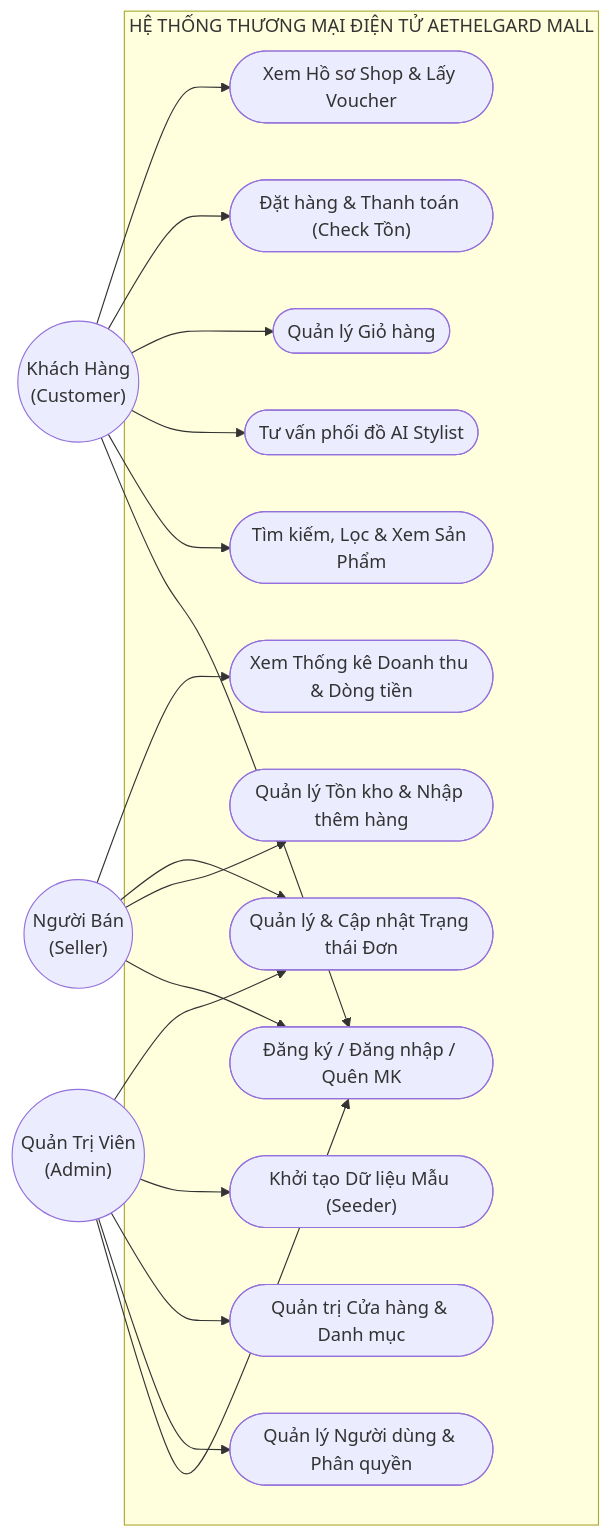
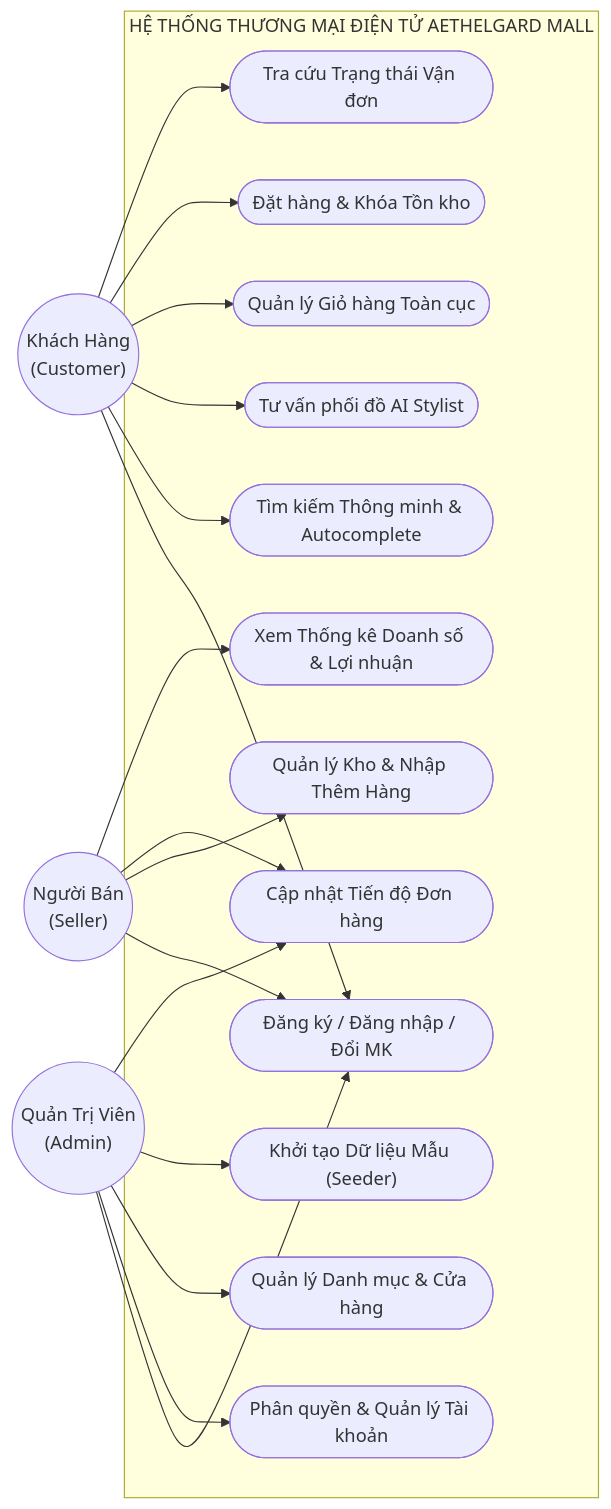
Before and after one commit to longthan12334/He-thong-thuong-mai-ien-tu-tich-hop-AI: the sixth of 16 diagrams in BAO_CAO_THIET_KE_HE_THONG.md, drawn with Mermaid. The commit also changed other lines of this file, not shown here.

````diff
--- a/BAO_CAO_THIET_KE_HE_THONG.md
+++ b/BAO_CAO_THIET_KE_HE_THONG.md
@@ -184,42 +235,41 @@
 ```mermaid
 flowchart LR
-    %% Actors
     ActorBuyer(("Khách Hàng<br/>(Customer)"))
     ActorSeller(("Người Bán<br/>(Seller)"))
     ActorAdmin(("Quản Trị Viên<br/>(Admin)"))
 
-    subgraph BoundarySystem ["HỆ THỐNG THƯƠNG MẠI ĐIỆN TỬ AETHELGARD MALL"]
-        UC_Auth(["Đăng ký / Đăng nhập / Quên MK"])
-        UC_Search(["Tìm kiếm, Lọc & Xem Sản Phẩm"])
+    subgraph SystemBoundary ["HỆ THỐNG THƯƠNG MẠI ĐIỆN TỬ AETHELGARD MALL"]
+        UC_Auth(["Đăng ký / Đăng nhập / Đổi MK"])
+        UC_Search(["Tìm kiếm Thông minh & Autocomplete"])
         UC_AI(["Tư vấn phối đồ AI Stylist"])
-        UC_Cart(["Quản lý Giỏ hàng"])
-        UC_Order(["Đặt hàng & Thanh toán (Check Tồn)"])
-        UC_ShopProfile(["Xem Hồ sơ Shop & Lấy Voucher"])
+        UC_Cart(["Quản lý Giỏ hàng Toàn cục"])
+        UC_Order(["Đặt hàng & Khóa Tồn kho"])
+        UC_TrackOrder(["Tra cứu Trạng thái Vận đơn"])
 
-        UC_ManageInv(["Quản lý Tồn kho & Nhập thêm hàng"])
-        UC_ManageOrder(["Quản lý & Cập nhật Trạng thái Đơn"])
-        UC_ViewStats(["Xem Thống kê Doanh thu & Dòng tiền"])
+        UC_ManageInv(["Quản lý Kho & Nhập Thêm Hàng"])
+        UC_ManageOrder(["Cập nhật Tiến độ Đơn hàng"])
+        UC_ViewStats(["Xem Thống kê Doanh số & Lợi nhuận"])
 
-        UC_ManageUsers(["Quản lý Người dùng & Phân quyền"])
-        UC_ManageStores(["Quản trị Cửa hàng & Danh mục"])
-        UC_SystemSeed(["Khởi tạo Dữ liệu Mẫu (Seeder)"])
+        UC_ManageUsers(["Phân quyền & Quản lý Tài khoản"])
+        UC_ManageStores(["Quản lý Danh mục & Cửa hàng"])
+        UC_Seed(["Khởi tạo Dữ liệu Mẫu (Seeder)"])
     end
 
     ActorBuyer --> UC_Auth
     ActorBuyer --> UC_Search
     ActorBuyer --> UC_AI
     ActorBuyer --> UC_Cart
     ActorBuyer --> UC_Order
-    ActorBuyer --> UC_ShopProfile
+    ActorBuyer --> UC_TrackOrder
 
     ActorSeller --> UC_Auth
     ActorSeller --> UC_ManageInv
     ActorSeller --> UC_ManageOrder
     ActorSeller --> UC_ViewStats
 
     ActorAdmin --> UC_Auth
     ActorAdmin --> UC_ManageUsers
     ActorAdmin --> UC_ManageStores
-    ActorAdmin --> UC_SystemSeed
+    ActorAdmin --> UC_Seed
     ActorAdmin --> UC_ManageOrder
 ```
````
